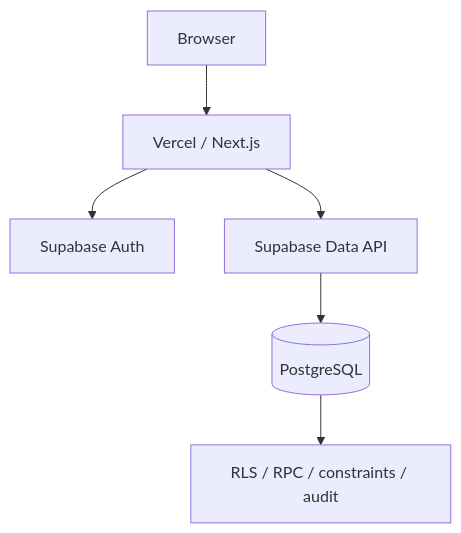
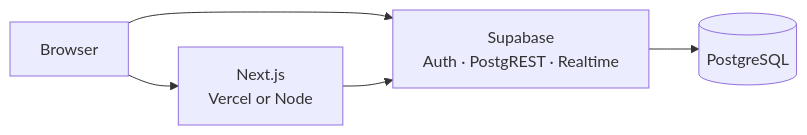
Before and after one commit to Aaron23486/dfacturas: the diagram in docs/deployment.md, drawn with Mermaid. The commit also changed other lines of this file and 18 other files, not shown here.

````diff
--- a/docs/deployment.md
+++ b/docs/deployment.md
@@ -7,8 +5,7 @@
 ```mermaid
-flowchart TD
-    U[Browser] --> V[Vercel / Next.js]
-    V --> A[Supabase Auth]
-    V --> D[Supabase Data API]
-    D --> P[(PostgreSQL)]
-    P --> R[RLS / RPC / constraints / audit]
+flowchart LR
+    U[Browser] --> V[Next.js<br/>Vercel or Node]
+    U --> S[Supabase<br/>Auth · PostgREST · Realtime]
+    V --> S
+    S --> P[(PostgreSQL)]
 ```
````
